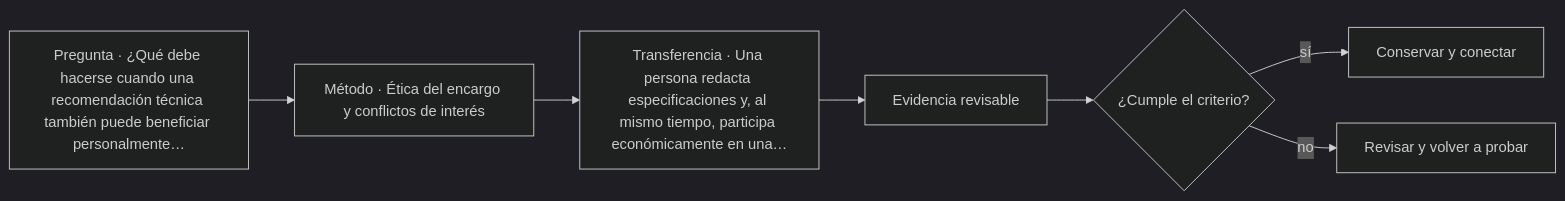
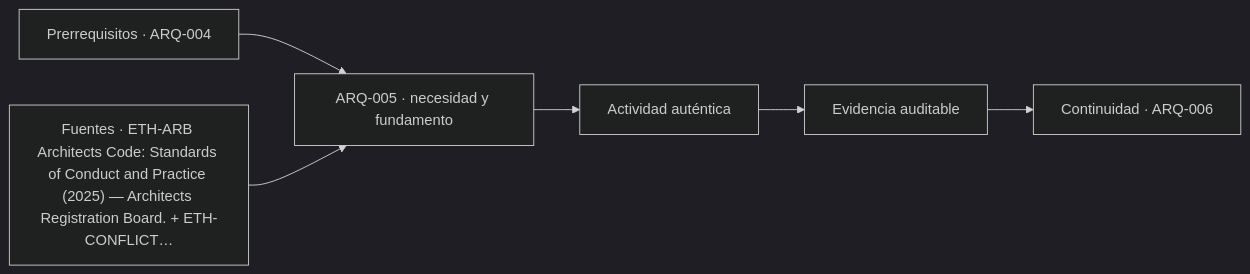
The diagram in classes/parte-01/ARQ-005.md (vladimiracunadev-create/architecture-built-environment-learning-program), drawn with Mermaid (dark theme) before and after one commit. The commit also changed other lines of this file and 761 other files, not shown here.

````diff
--- a/classes/parte-01/ARQ-005.md
+++ b/classes/parte-01/ARQ-005.md
@@ -110,9 +122,8 @@
 ```mermaid
 flowchart LR
-    Q["Pregunta · ¿Qué debe hacerse cuando una recomendación técnica también puede beneficiar personalmente…"] --> M["Método · Ética del encargo y conflictos de interés"]
-    M --> P["Transferencia · Una persona redacta especificaciones y, al mismo tiempo, participa económicamente en una…"]
-    P --> E["Evidencia revisable"]
-    E --> C{"¿Cumple el criterio?"}
-    C -->|sí| T["Conservar y conectar"]
-    C -->|no| R["Revisar y volver a probar"]
+    A["Prerrequisitos · ARQ-004"] --> B["ARQ-005 · necesidad y fundamento"]
+    S["Fuentes · ETH-ARB Architects Code: Standards of Conduct and Practice (2025) — Architects Registration Board. + ETH-CONFLICT…"] --> B
+    B --> C["Actividad auténtica"]
+    C --> D["Evidencia auditable"]
+    D --> E["Continuidad · ARQ-006"]
 ```
````
